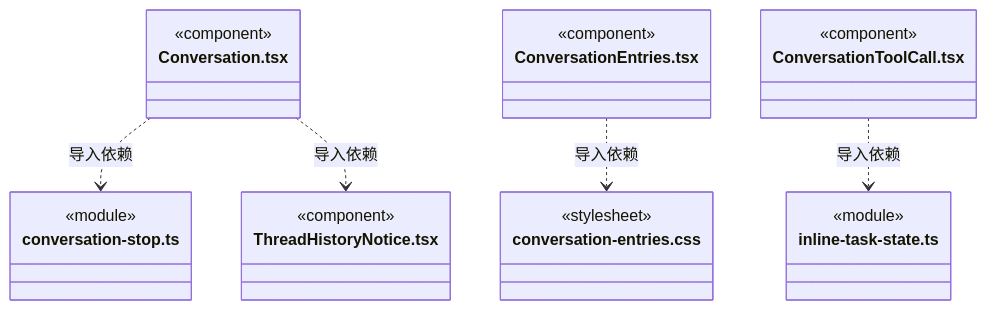
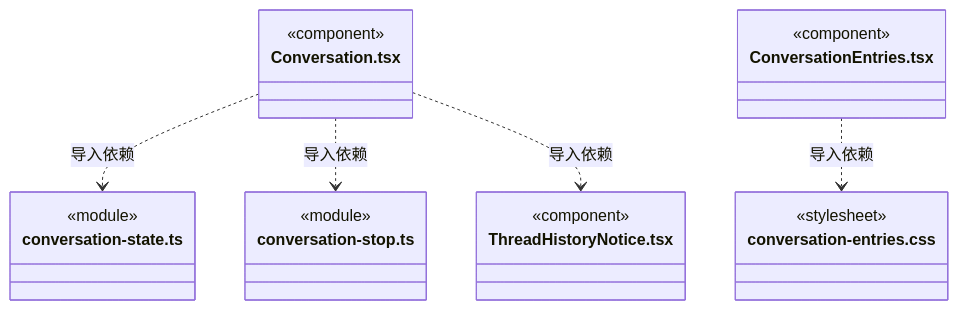
Diagram 48 of 54 in src/view/conversation/ARCHITECTURE.md (nan023062/cbim), drawn with Mermaid before and after one commit. The commit also changed other lines of this file and 19 other files, not shown here.

````diff
--- a/src/view/conversation/ARCHITECTURE.md
+++ b/src/view/conversation/ARCHITECTURE.md
@@ -655,28 +745,25 @@
 ```mermaid
 classDiagram
 class N_src_view_conversation_Conversation_tsx["Conversation.tsx"] {
   <<component>>
+}
+class N_src_view_conversation_conversation_state_ts["conversation-state.ts"] {
+  <<module>>
 }
 class N_src_view_conversation_conversation_stop_ts["conversation-stop.ts"] {
   <<module>>
 }
 class N_src_view_conversation_ThreadHistoryNotice_tsx["ThreadHistoryNotice.tsx"] {
   <<component>>
 }
 class N_src_view_conversation_ConversationEntries_tsx["ConversationEntries.tsx"] {
   <<component>>
 }
 class N_src_view_conversation_conversation_entries_css["conversation-entries.css"] {
   <<stylesheet>>
 }
-class N_src_view_conversation_ConversationToolCall_tsx["ConversationToolCall.tsx"] {
-  <<component>>
-}
-class N_src_view_conversation_inline_task_state_ts["inline-task-state.ts"] {
-  <<module>>
-}
+N_src_view_conversation_Conversation_tsx ..> N_src_view_conversation_conversation_state_ts : 导入依赖
 N_src_view_conversation_Conversation_tsx ..> N_src_view_conversation_conversation_stop_ts : 导入依赖
 N_src_view_conversation_Conversation_tsx ..> N_src_view_conversation_ThreadHistoryNotice_tsx : 导入依赖
 N_src_view_conversation_ConversationEntries_tsx ..> N_src_view_conversation_conversation_entries_css : 导入依赖
-N_src_view_conversation_ConversationToolCall_tsx ..> N_src_view_conversation_inline_task_state_ts : 导入依赖
 ```
````
